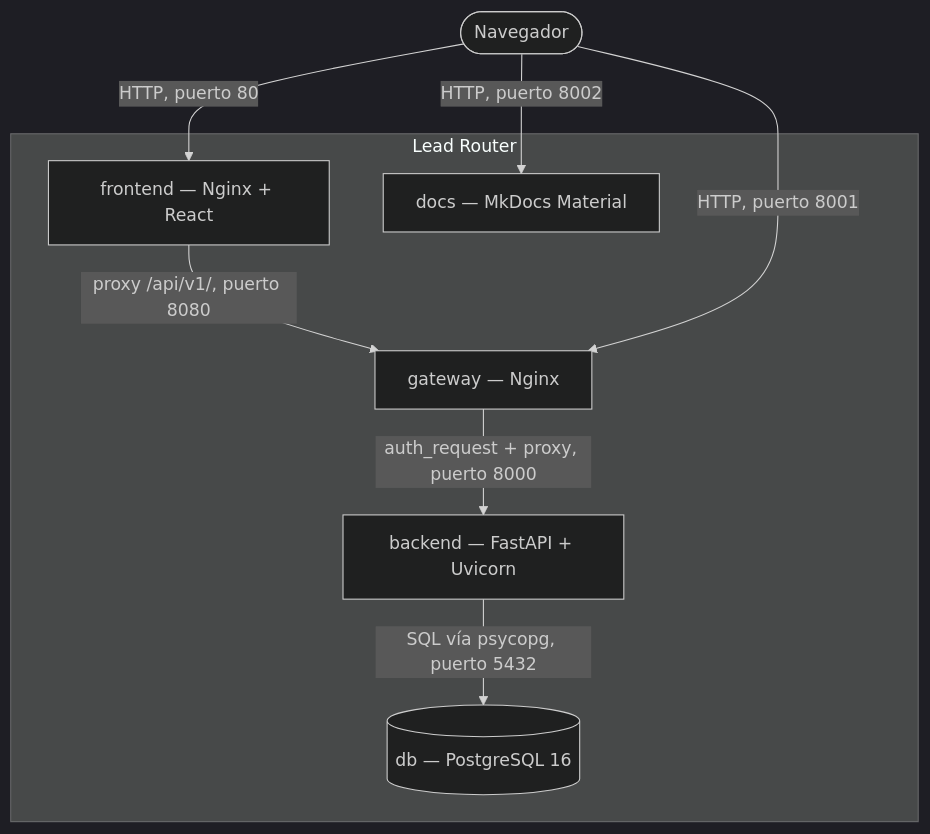
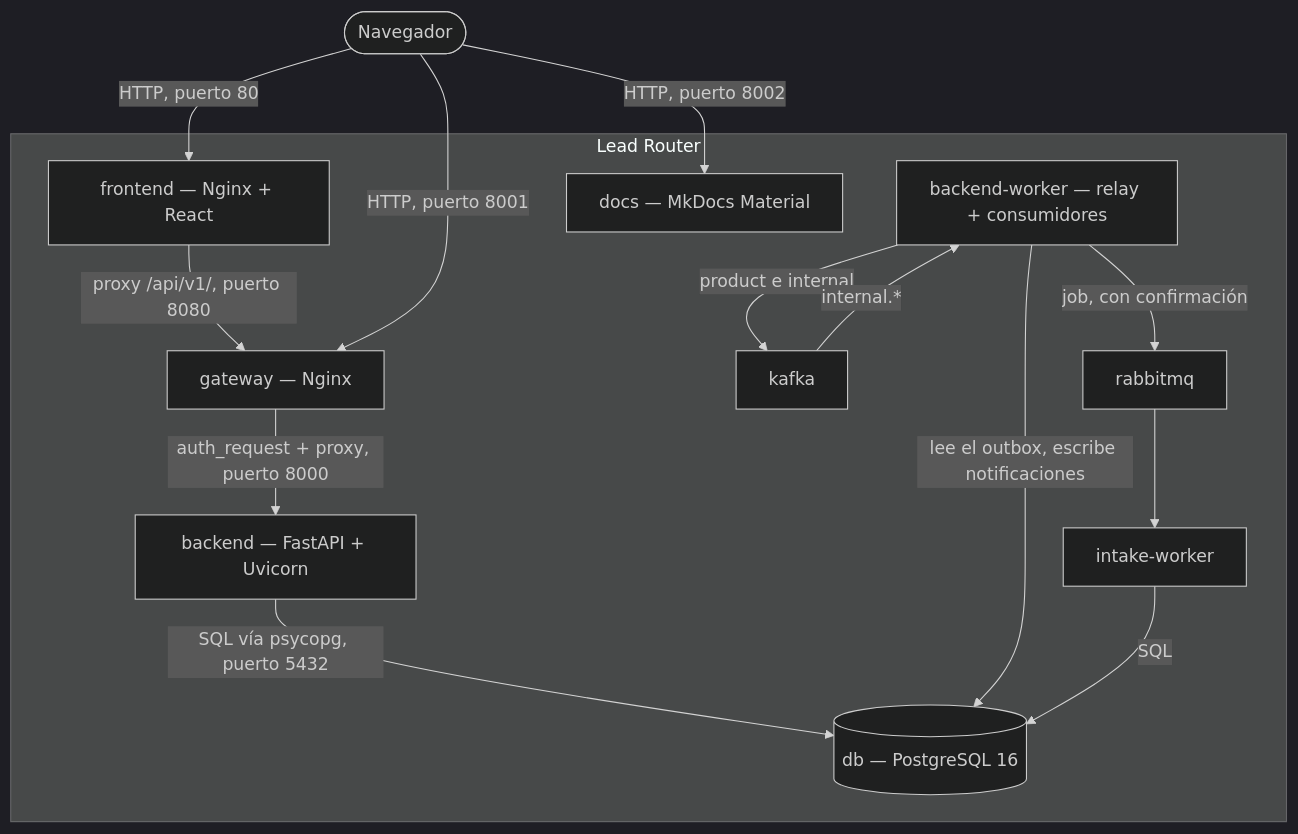
The diagram in docs/content/arquitectura/c4-contenedores.md (MDCIrony/leads-hexa), drawn with Mermaid (dark theme) before and after one commit. The commit also changed other lines of this file and 18 other files, not shown here.

Commit message:
docs(events): document per-channel outbox, internal topics and backend-worker

````diff
--- a/docs/content/arquitectura/c4-contenedores.md
+++ b/docs/content/arquitectura/c4-contenedores.md
@@ -20,19 +25,29 @@
 ```mermaid
 flowchart TD
     BROWSER(["Navegador"])
 
     subgraph SISTEMA["Lead Router"]
         FRONTEND["frontend — Nginx + React"]
         GATEWAY["gateway — Nginx"]
         BACKEND["backend — FastAPI + Uvicorn"]
+        BW["backend-worker — relay + consumidores"]
+        IW["intake-worker"]
         DB[("db — PostgreSQL 16")]
+        KAFKA["kafka"]
+        RMQ["rabbitmq"]
         DOCS["docs — MkDocs Material"]
     end
 
     BROWSER -->|"HTTP, puerto 80"| FRONTEND
     FRONTEND -->|"proxy /api/v1/, puerto 8080"| GATEWAY
     BROWSER -->|"HTTP, puerto 8001"| GATEWAY
     GATEWAY -->|"auth_request + proxy, puerto 8000"| BACKEND
     BACKEND -->|"SQL vía psycopg, puerto 5432"| DB
+    BW -->|"lee el outbox, escribe notificaciones"| DB
+    BW -->|"product e internal"| KAFKA
+    KAFKA -->|"internal.*"| BW
+    BW -->|"job, con confirmación"| RMQ
+    RMQ --> IW
+    IW -->|SQL| DB
     BROWSER -->|"HTTP, puerto 8002"| DOCS
 ```
````
